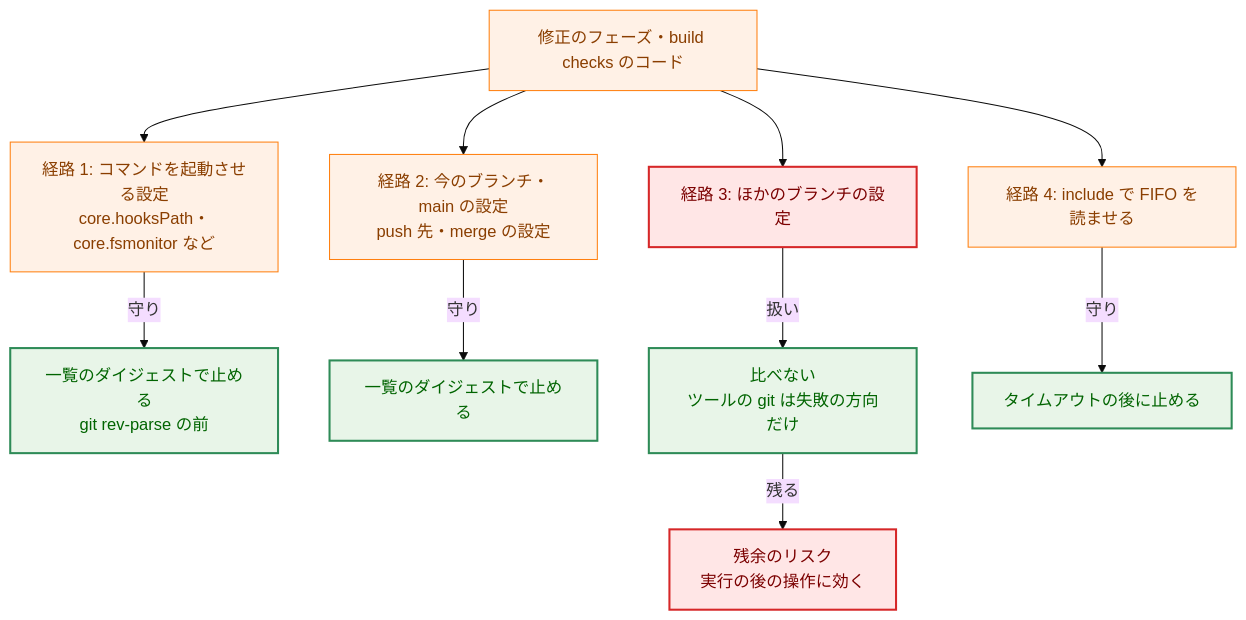
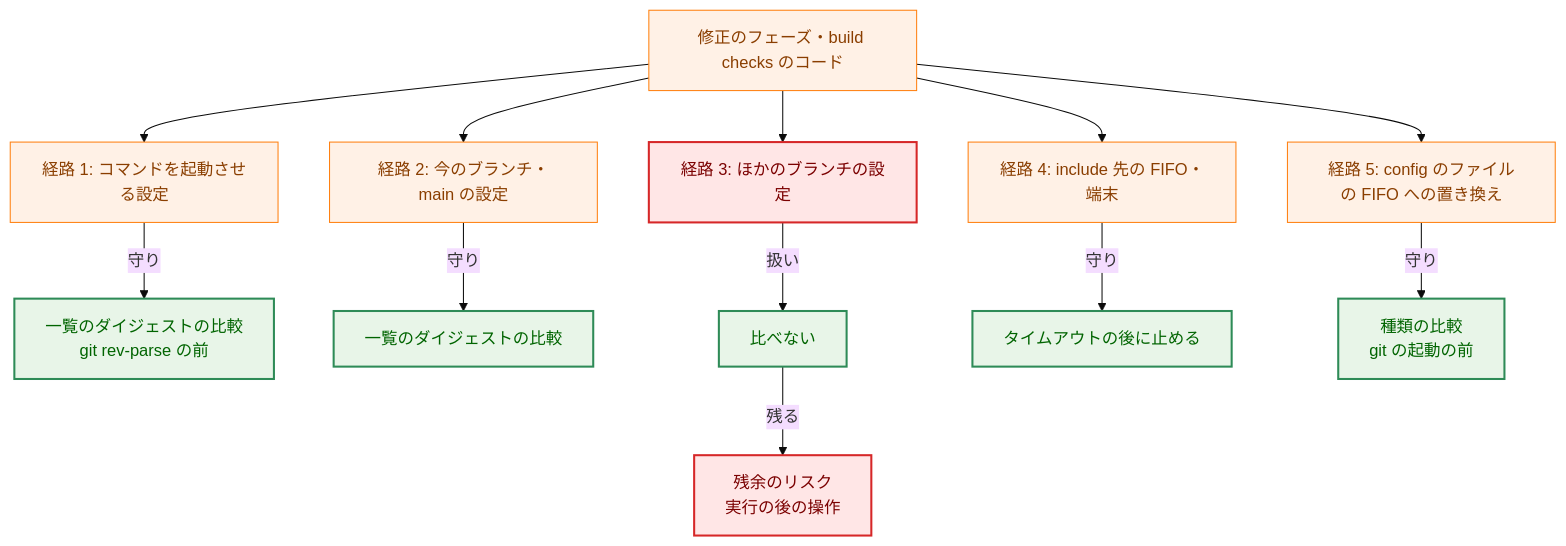
One commit to isseis/yt2column changed the sixth of 9 diagrams in docs/tasks/0035_fixprguard_branch_config/02_architecture.md. Above: the diagram before and after it, drawn with Mermaid (base theme). The commit also changed other lines of this file, not shown here.

First line of the commit message:
docs(0035): address the architecture review findings

````diff
--- a/docs/tasks/0035_fixprguard_branch_config/02_architecture.md
+++ b/docs/tasks/0035_fixprguard_branch_config/02_architecture.md
@@ -390,33 +427,36 @@
 ```mermaid
 flowchart TD
     classDef process fill:#fff1e6,stroke:#ff7f0e,stroke-width:1px,color:#8a3e00;
     classDef enhanced fill:#e8f5e8,stroke:#2e8b57,stroke-width:2px,color:#006400;
     classDef problem fill:#ffe6e6,stroke:#d62728,stroke-width:2px,color:#7b0000;
 
     ATK["修正のフェーズ・build checks のコード"]
-    P1["経路 1: コマンドを起動させる設定<br>core.hooksPath・core.fsmonitor など"]
-    P2["経路 2: 今のブランチ・main の設定<br>push 先・merge の設定"]
+    P1["経路 1: コマンドを起動させる設定"]
+    P2["経路 2: 今のブランチ・main の設定"]
     P3["経路 3: ほかのブランチの設定"]
-    P4["経路 4: include で FIFO を読ませる"]
-    D1["一覧のダイジェストで止める<br>git rev-parse の前"]
-    D2["一覧のダイジェストで止める"]
-    D3["比べない<br>ツールの git は失敗の方向だけ"]
+    P4["経路 4: include 先の FIFO・端末"]
+    P5["経路 5: config のファイルの FIFO への置き換え"]
+    D1["一覧のダイジェストの比較<br>git rev-parse の前"]
+    D2["一覧のダイジェストの比較"]
+    D3["比べない"]
     D4["タイムアウトの後に止める"]
-    R3["残余のリスク<br>実行の後の操作に効く"]
+    D5["種類の比較<br>git の起動の前"]
+    R3["残余のリスク<br>実行の後の操作"]
 
     ATK --> P1
     ATK --> P2
     ATK --> P3
     ATK --> P4
+    ATK --> P5
     P1 -->|"守り"| D1
     P2 -->|"守り"| D2
     P3 -->|"扱い"| D3
     P4 -->|"守り"| D4
+    P5 -->|"守り"| D5
     D3 -->|"残る"| R3
 
-    class ATK process
-    class P1,P2,P4 process
+    class ATK,P1,P2,P4,P5 process
     class P3 problem
-    class D1,D2,D3,D4 enhanced
+    class D1,D2,D3,D4,D5 enhanced
     class R3 problem
 ```
````
